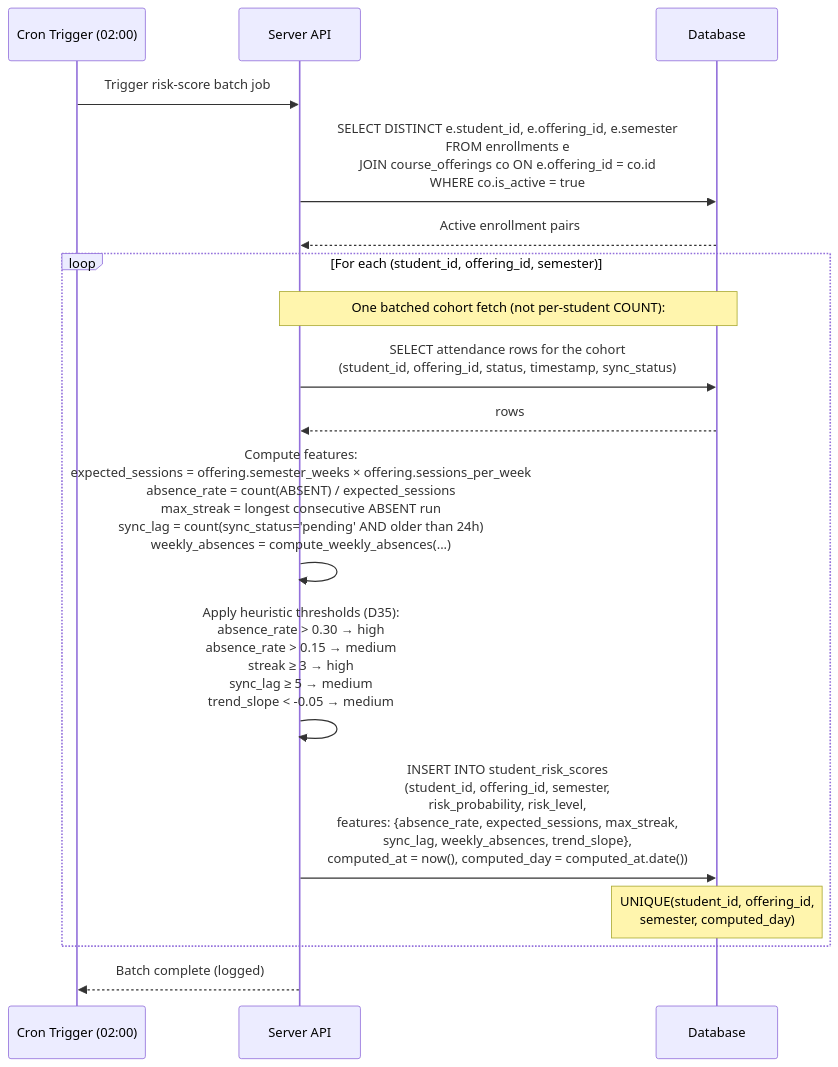
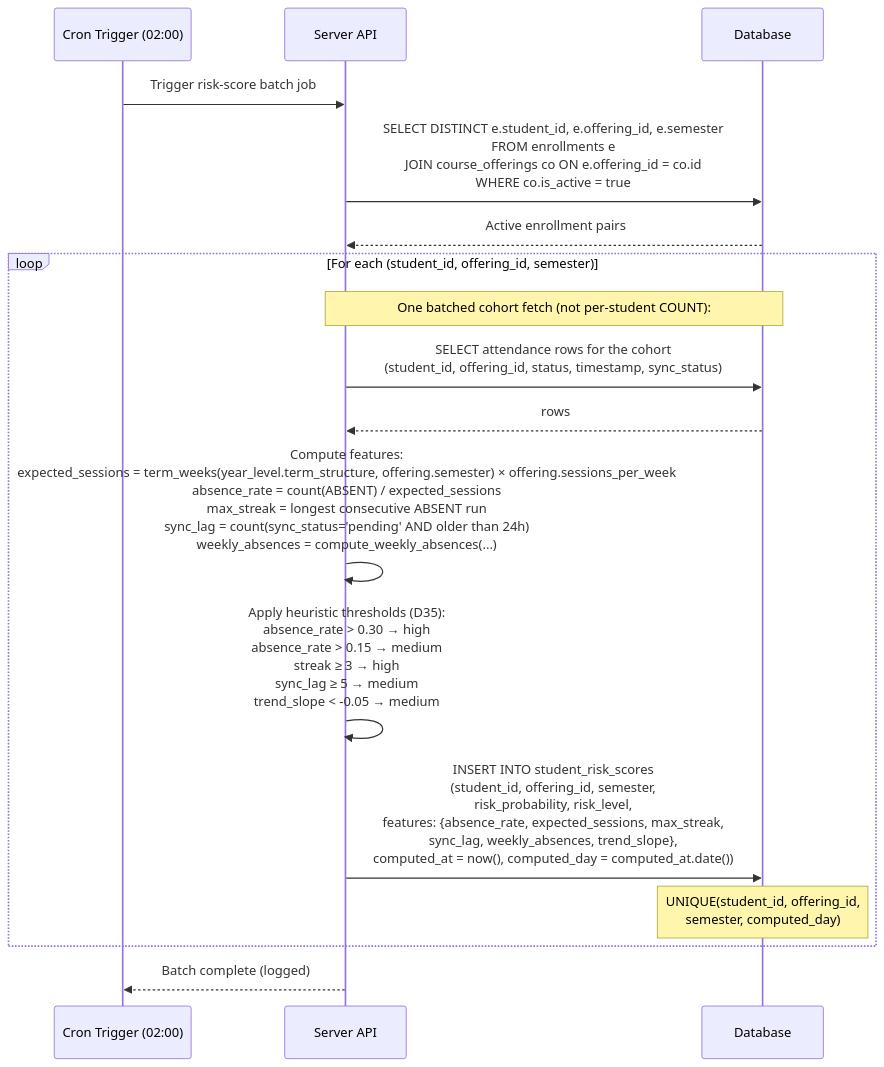
Before and after one commit to dhenji/qr_based_attendance_system: the sixth of 7 diagrams in docs/architecture/data-flow.md, drawn with Mermaid. The commit also changed 41 other files, not shown here.

````diff
--- a/docs/architecture/data-flow.md
+++ b/docs/architecture/data-flow.md
@@ -197,26 +197,26 @@
 ```mermaid
 sequenceDiagram
     participant CRON as Cron Trigger (02:00)
     participant API as Server API
     participant DB as Database
 
     CRON->>API: Trigger risk-score batch job
 
     API->>DB: SELECT DISTINCT e.student_id, e.offering_id, e.semester<br>FROM enrollments e<br>JOIN course_offerings co ON e.offering_id = co.id<br>WHERE co.is_active = true
     DB-->>API: Active enrollment pairs
 
     loop For each (student_id, offering_id, semester)
         Note over API,DB: One batched cohort fetch (not per-student COUNT):
         API->>DB: SELECT attendance rows for the cohort<br>(student_id, offering_id, status, timestamp, sync_status)
         DB-->>API: rows
 
-        API->>API: Compute features:<br>expected_sessions = offering.semester_weeks × offering.sessions_per_week<br>absence_rate = count(ABSENT) / expected_sessions<br>max_streak = longest consecutive ABSENT run<br>sync_lag = count(sync_status='pending' AND older than 24h)<br>weekly_absences = compute_weekly_absences(...)  # counts per ISO week<br>trend_slope = 4-week linear regression of weekly_absences
+        API->>API: Compute features:<br>expected_sessions = term_weeks(year_level.term_structure, offering.semester) × offering.sessions_per_week<br>absence_rate = count(ABSENT) / expected_sessions<br>max_streak = longest consecutive ABSENT run<br>sync_lag = count(sync_status='pending' AND older than 24h)<br>weekly_absences = compute_weekly_absences(...)  # counts per ISO week<br>trend_slope = 4-week linear regression of weekly_absences
 
         API->>API: Apply heuristic thresholds (D35):<br>absence_rate > 0.30 → high<br>absence_rate > 0.15 → medium<br>streak ≥ 3 → high<br>sync_lag ≥ 5 → medium<br>trend_slope < -0.05 → medium
 
         API->>DB: INSERT INTO student_risk_scores<br>(student_id, offering_id, semester,<br>risk_probability, risk_level,<br>features: {absence_rate, expected_sessions, max_streak,<br>sync_lag, weekly_absences, trend_slope},<br>computed_at = now(), computed_day = computed_at.date())
         Note over DB: UNIQUE(student_id, offering_id,<br>semester, computed_day)
     end
 
     API-->>CRON: Batch complete (logged)
 ```
````
